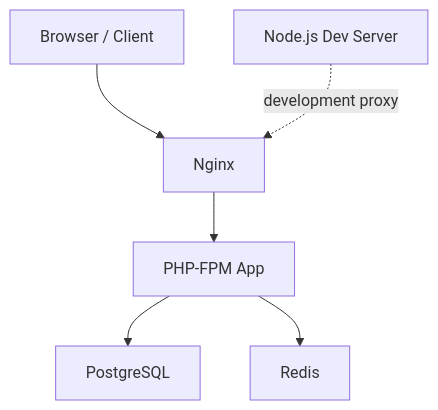
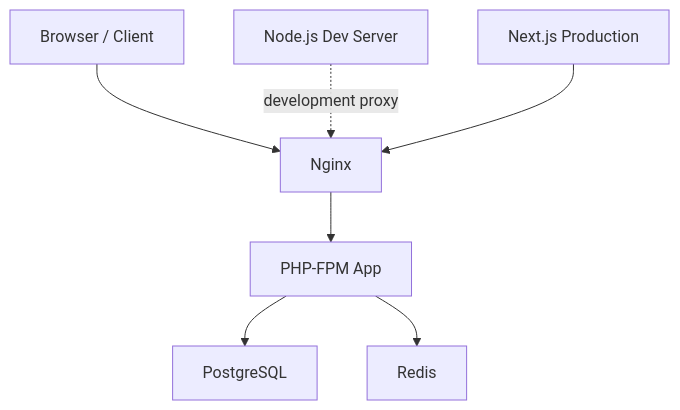
Before and after one commit to FCS-WP/website_portal: the second of 10 diagrams in .qoder/repowiki/en/content/Deployment & Operations/Docker Deployment.md, drawn with Mermaid. The commit also changed other lines of this file and 30 other files, not shown here.

````diff
--- a/.qoder/repowiki/en/content/Deployment & Operations/Docker Deployment.md
+++ b/.qoder/repowiki/en/content/Deployment & Operations/Docker Deployment.md
@@ -108,14 +134,16 @@
 ```mermaid
 graph TB
 CLIENT["Browser / Client"]
 NGINX["Nginx"]
 APP["PHP-FPM App"]
 POSTGRES["PostgreSQL"]
 REDIS["Redis"]
-FRONTEND["Node.js Dev Server"]
+FRONTEND_DEV["Node.js Dev Server"]
+FRONTEND_PROD["Next.js Production"]
 CLIENT --> NGINX
 NGINX --> APP
 APP --> POSTGRES
 APP --> REDIS
-FRONTEND -. "development proxy" .-> NGINX
+FRONTEND_DEV -. "development proxy" .-> NGINX
+FRONTEND_PROD --> NGINX
 ```
````
